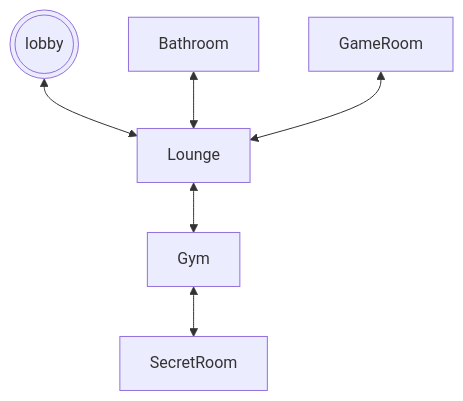
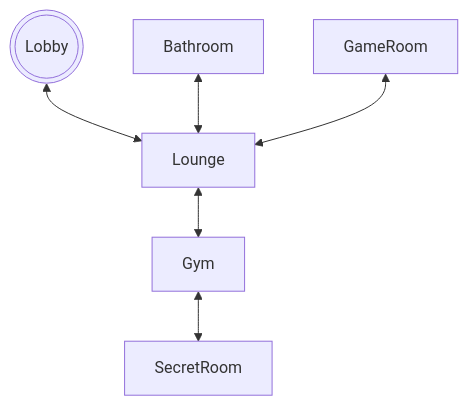
The diagram in projects/game/README.md (5678156/5678156.github.io), drawn with Mermaid before and after one commit. The commit also changed 1 other file, not shown here.

````diff
--- a/projects/game/README.md
+++ b/projects/game/README.md
@@ -11,8 +11,8 @@
 ```mermaid
 graph TD;
-    lobby(((lobby)))<-->Lounge;
+    Lobby(((Lobby)))<-->Lounge;
     Bathroom<-->Lounge;
     Lounge<-->Gym;
     GameRoom<-->Lounge;
     Gym<-->SecretRoom;
 ```
````
